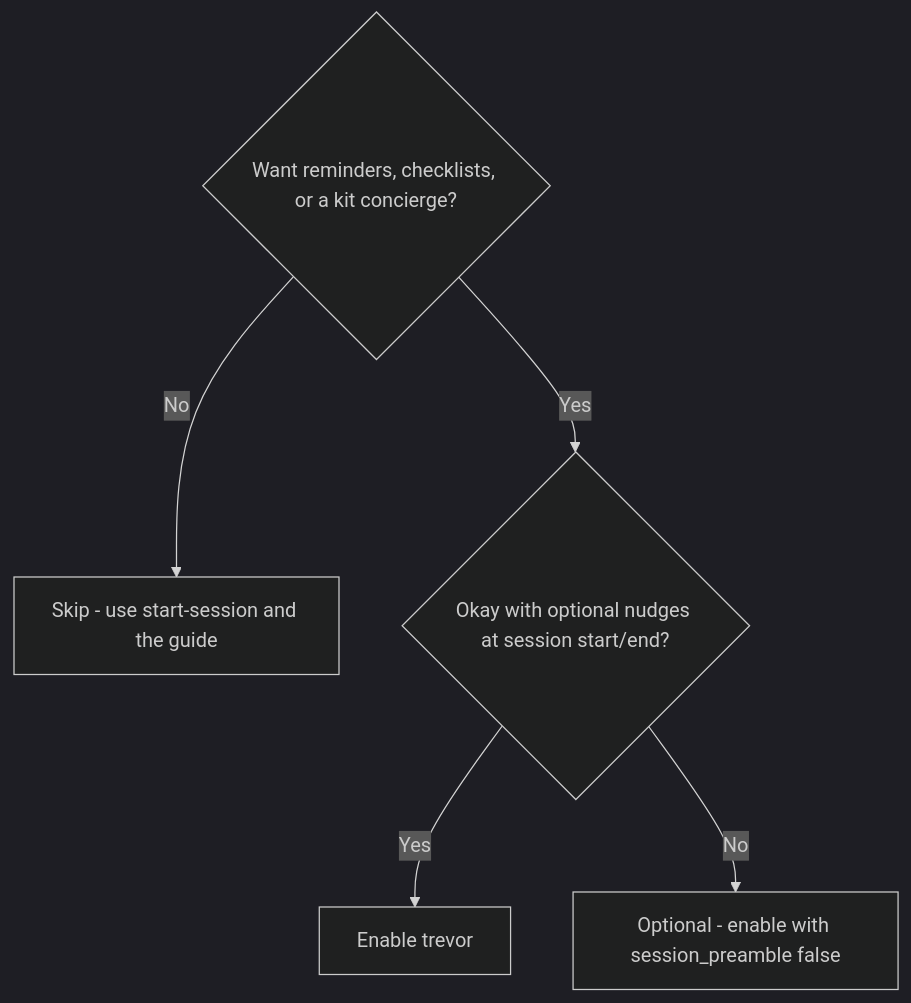
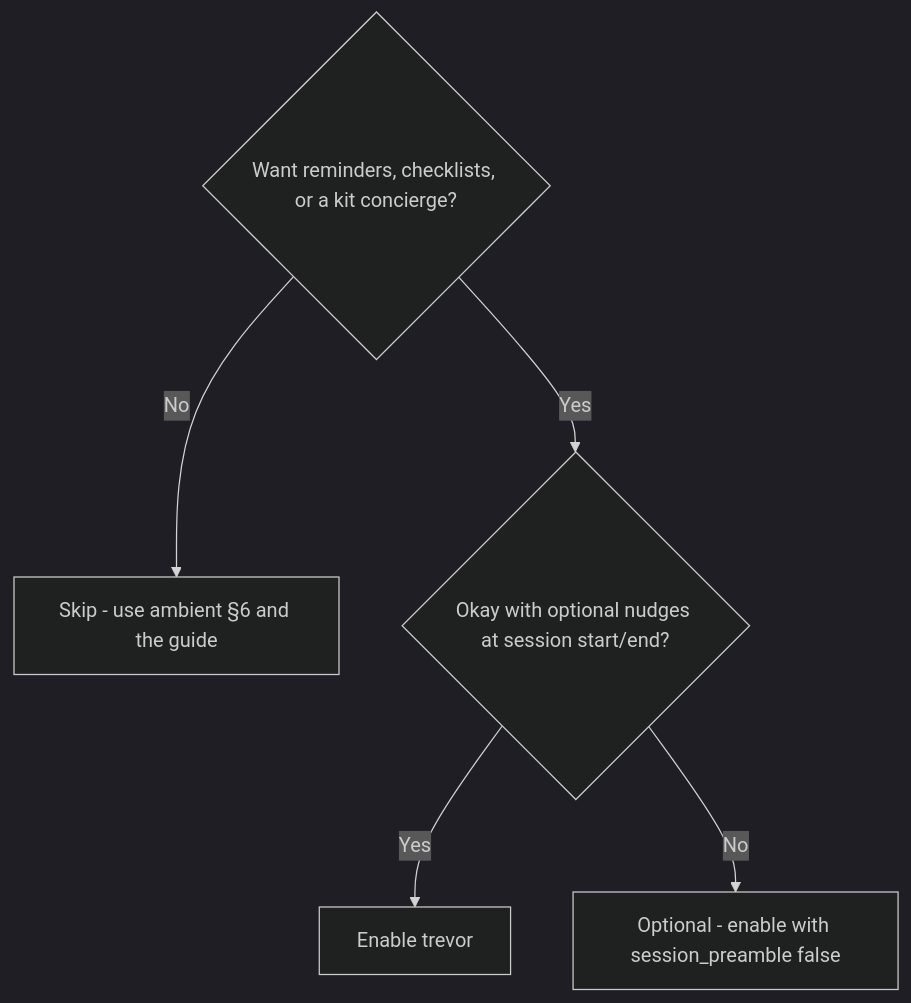
Before and after one commit to renatoxm/leanagentkit: the first of 2 diagrams in docs/trevor.md, drawn with Mermaid (dark theme). The commit also changed other lines of this file and 134 other files, not shown here.

````diff
--- a/docs/trevor.md
+++ b/docs/trevor.md
@@ -43,7 +43,7 @@
 ```mermaid
 flowchart TD
-  q1{"Want reminders, checklists, or a kit concierge?"} -->|No| skip["Skip - use start-session and the guide"]
+  q1{"Want reminders, checklists, or a kit concierge?"} -->|No| skip["Skip - use ambient §6 and the guide"]
   q1 -->|Yes| q2{"Okay with optional nudges at session start/end?"}
   q2 -->|Yes| enable["Enable trevor"]
   q2 -->|No| maybe["Optional - enable with session_preamble false"]
 ```
````
